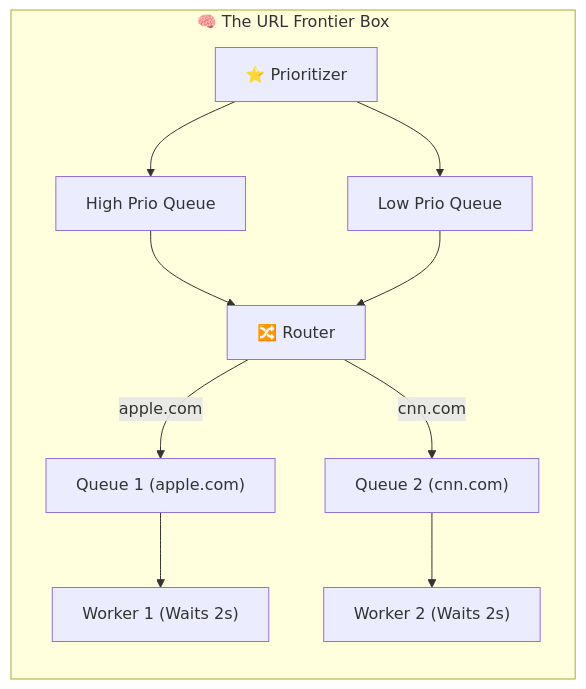
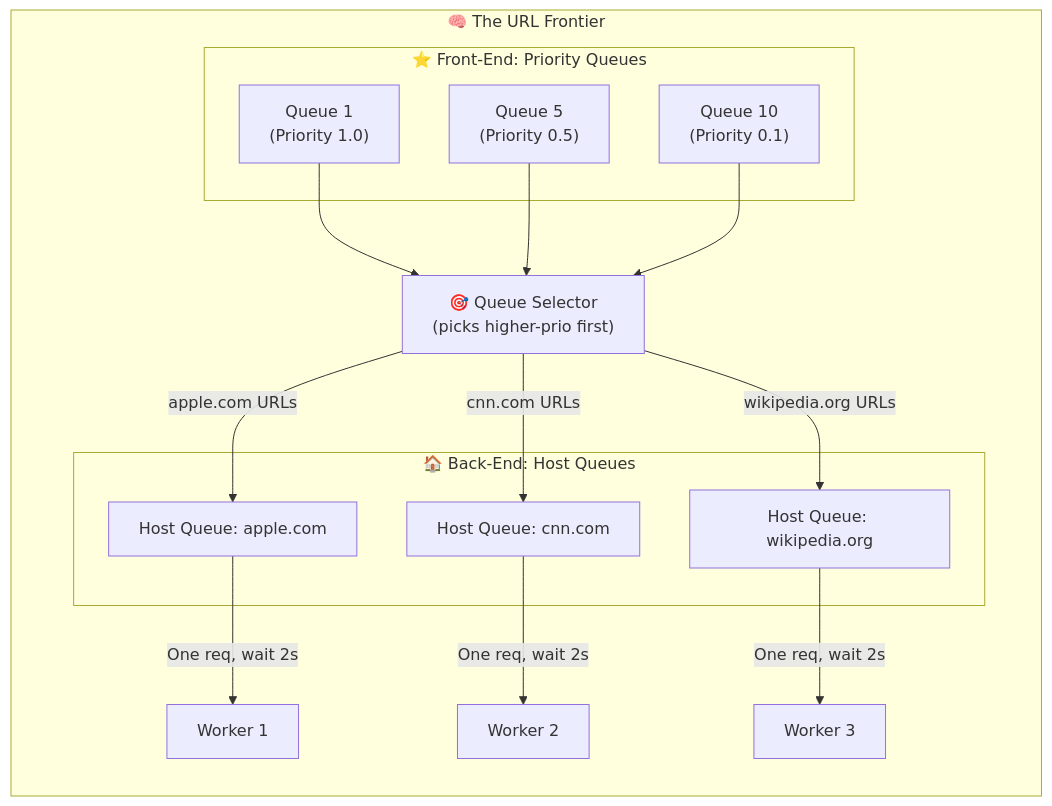
The second of 2 diagrams in HLD/chapter_9/design_a_web_crawler.md (Gbirla06/systemDesign), drawn with Mermaid before and after one commit. The commit also changed other lines of this file and 6 other files, not shown here.

````diff
--- a/HLD/chapter_9/design_a_web_crawler.md
+++ b/HLD/chapter_9/design_a_web_crawler.md
@@ -128,17 +216,32 @@
 ```mermaid
 graph LR
-    subgraph URL_Frontier["🧠 The URL Frontier Box"]
+    subgraph URL_Frontier["🧠 The URL Frontier"]
         direction TB
-        Prioritizer["⭐ Prioritizer"] --> FQ1["High Prio Queue"]
-        Prioritizer --> FQ2["Low Prio Queue"]
         
-        FQ1 --> Router["🔀 Router"]
-        FQ2 --> Router
+        subgraph FrontEnd["⭐ Front-End: Priority Queues"]
+            P1["Queue 1\n(Priority 1.0)"]
+            P2["Queue 5\n(Priority 0.5)"]
+            P10["Queue 10\n(Priority 0.1)"]
+        end
         
-        Router --> |"apple.com"| BQ1["Queue 1 (apple.com)"]
-        Router --> |"cnn.com"| BQ2["Queue 2 (cnn.com)"]
+        SELECTOR["🎯 Queue Selector\n(picks higher-prio first)"]
         
-        BQ1 --> W1["Worker 1 (Waits 2s)"]
-        BQ2 --> W2["Worker 2 (Waits 2s)"]
+        subgraph BackEnd["🏠 Back-End: Host Queues"]
+            BQ1["Host Queue: apple.com"]
+            BQ2["Host Queue: cnn.com"]
+            BQ3["Host Queue: wikipedia.org"]
+        end
+
+        P1 --> SELECTOR
+        P2 --> SELECTOR
+        P10 --> SELECTOR
+
+        SELECTOR -->|"apple.com URLs"| BQ1
+        SELECTOR -->|"cnn.com URLs"| BQ2
+        SELECTOR -->|"wikipedia.org URLs"| BQ3
+
+        BQ1 -->|"One req, wait 2s"| W1["Worker 1"]
+        BQ2 -->|"One req, wait 2s"| W2["Worker 2"]
+        BQ3 -->|"One req, wait 2s"| W3["Worker 3"]
     end
 ```
````
